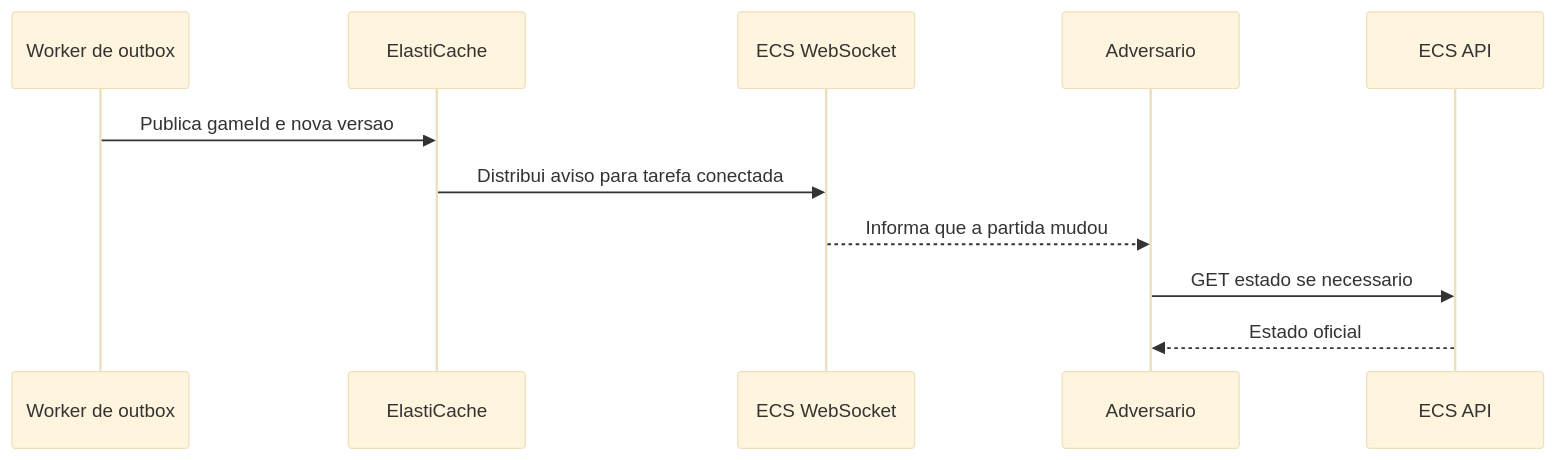
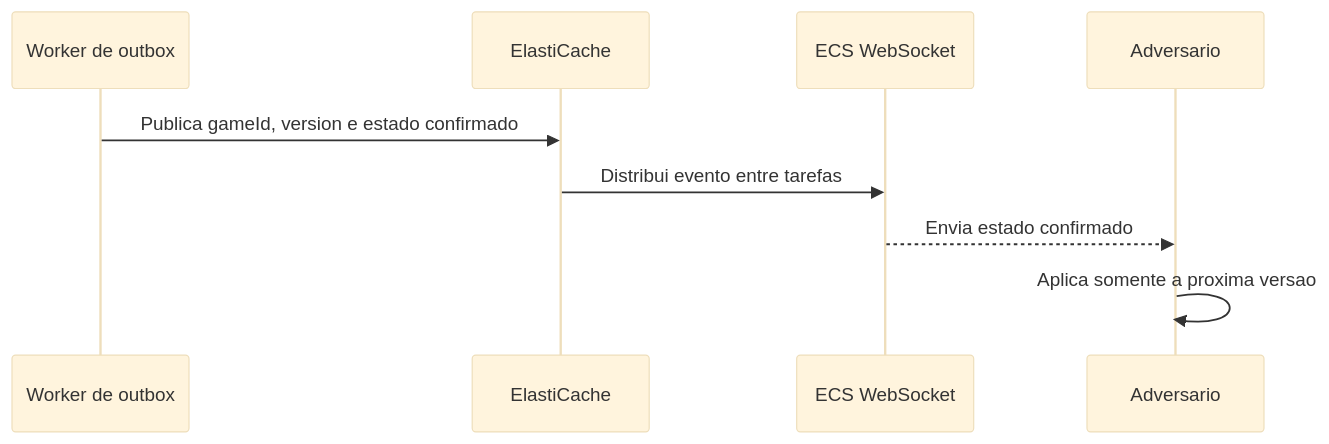
The third of 4 diagrams in docs/diagrams/aws-deployment-global.md (ralvesper/checkers-aws), drawn with Mermaid (base theme) before and after one commit. The commit also changed other lines of this file, not shown here.

Commit message:
docs: enviar snapshot confirmado ao adversário por WebSocket

````diff
--- a/docs/diagrams/aws-deployment-global.md
+++ b/docs/diagrams/aws-deployment-global.md
@@ -90,13 +90,11 @@
 ```mermaid
 sequenceDiagram
     participant O as Worker de outbox
     participant R as ElastiCache
     participant W as ECS WebSocket
     participant B as Adversario
-    participant API as ECS API
-    O->>R: Publica gameId e nova versao
-    R->>W: Distribui aviso para tarefa conectada
-    W-->>B: Informa que a partida mudou
-    B->>API: GET estado se necessario
-    API-->>B: Estado oficial
+    O->>R: Publica gameId, version e estado confirmado
+    R->>W: Distribui evento entre tarefas
+    W-->>B: Envia estado confirmado
+    B->>B: Aplica somente a proxima versao
 ```
````
